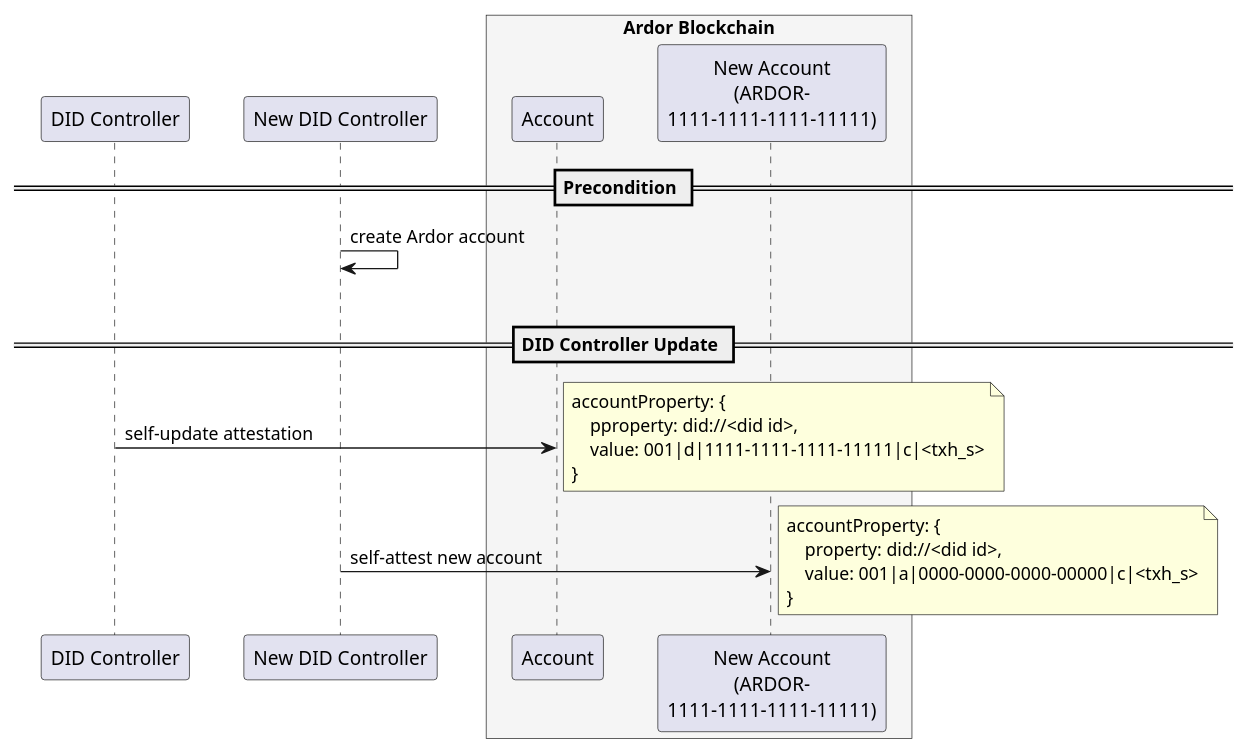
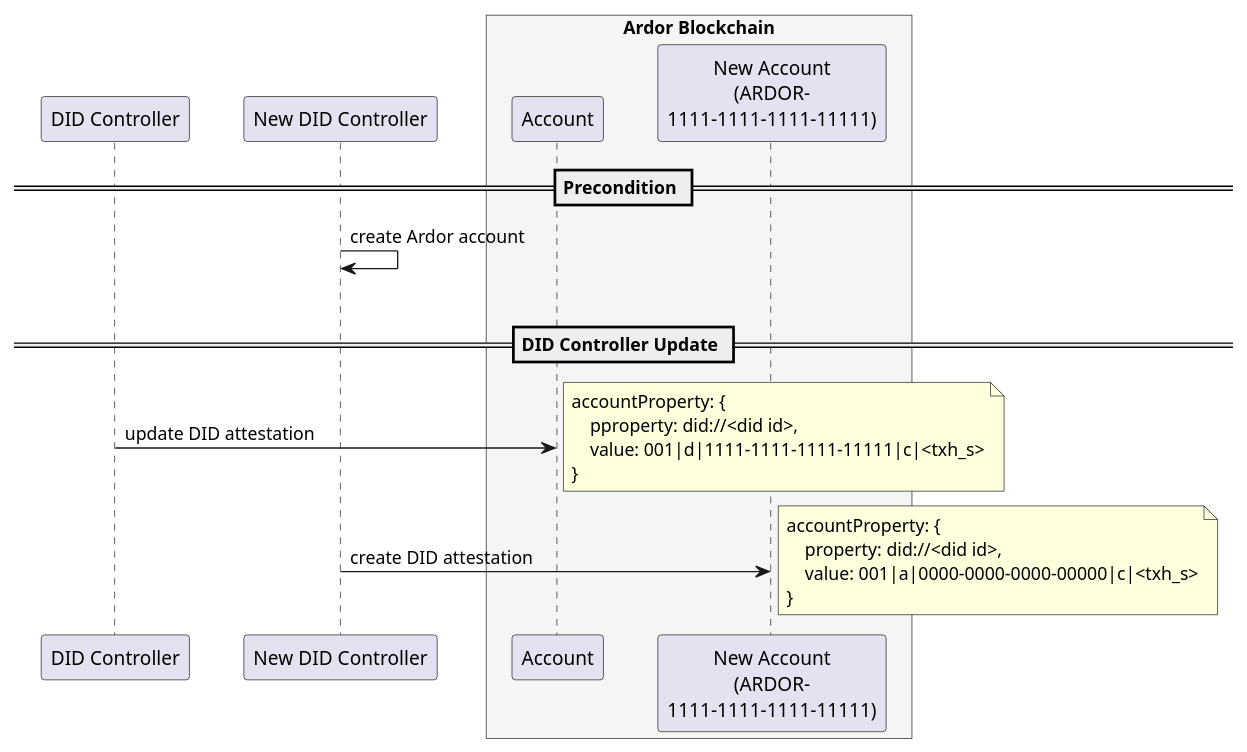
One commit to blobaa/bba-did-method-specification changed the diagram in docs/plantuml/src/did-controller-update.puml. Above: the diagram before and after it, drawn with PlantUML. The commit also changed 10 other files, not shown here.

```diff
--- a/docs/plantuml/src/did-controller-update.puml
+++ b/docs/plantuml/src/did-controller-update.puml
@@ -1,38 +1,38 @@
 @startuml
 skinparam BoxPadding 15
 skinparam ParticipantPadding 15
 
 
 participant "DID Controller" as DCR
 participant "New DID Controller" as NDCR
 box "Ardor Blockchain" #WhiteSmoke
     participant "Account" as ATTE
     participant "New Account\n(ARDOR-\n1111-1111-1111-11111)" as NATTE
 end box
 
 
 == Precondition ==
 
 NDCR -> NDCR: create Ardor account
 |||
 
 
 == DID Controller Update ==
 
-DCR -> ATTE: self-update attestation
+DCR -> ATTE: update DID attestation
 note right
     accountProperty: {
         pproperty: did://<did id>,
         value: 001|d|1111-1111-1111-11111|c|<txh_s>
     }
 end note
-NDCR -> NATTE: self-attest new account
+NDCR -> NATTE: create DID attestation
 note right
     accountProperty: {
         property: did://<did id>,
         value: 001|a|0000-0000-0000-00000|c|<txh_s>
     }
 end note
 
 
 @enduml
```
